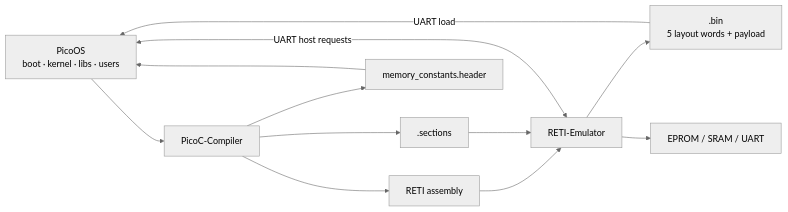
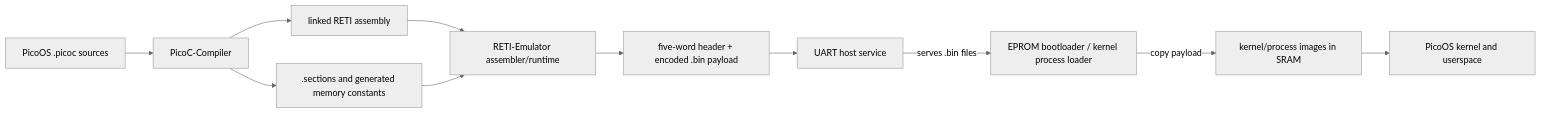
The first of 32 diagrams in slides.md (matthejue/Pico-OS_Presentation), drawn with Mermaid (neutral theme) before and after one commit. The commit also changed other lines of this file and 10 other files, not shown here.

Commit message:
updated the PicoOS presentation to follow the refreshed README structure and content Added visual zoom support, Mermaid rendering, presentation validation, and source review documentation Refreshed presentation styling, metadata, source snapshots, and contributor instructions

````diff
--- a/slides.md
+++ b/slides.md
@@ -139,19 +66,13 @@
-```mermaid {scale:0.82}
+```mermaid
 flowchart LR
-    OS["PicoOS<br/>boot · kernel · libs · users"]
-    C["PicoC-Compiler"]
-    A["RETI assembly"]
-    S[".sections"]
-    H["memory_constants.header"]
-    E["RETI-Emulator"]
-    B[".bin<br/>5 layout words + payload"]
-    M["EPROM / SRAM / UART"]
-    OS --> C
-    C --> A --> E
-    C --> S --> E
-    C --> H --> OS
-    E --> B
-    B -->|UART load| OS
-    E --> M
-    OS <-->|UART host requests| E
+    SRC["PicoOS .picoc sources"] --> CPL["PicoC-Compiler"]
+    CPL --> ASM["linked RETI assembly"]
+    CPL --> SEC[".sections and generated memory constants"]
+    ASM --> EMU["RETI-Emulator assembler/runtime"]
+    SEC --> EMU
+    EMU --> BIN["five-word header + encoded .bin payload"]
+    HOST["UART host service"] -->|serves .bin files| BOOT["EPROM bootloader / kernel process loader"]
+    BIN --> HOST
+    BOOT -->|copy payload| SRAM["kernel/process images in SRAM"]
+    SRAM --> K["PicoOS kernel and userspace"]
 ```
````
